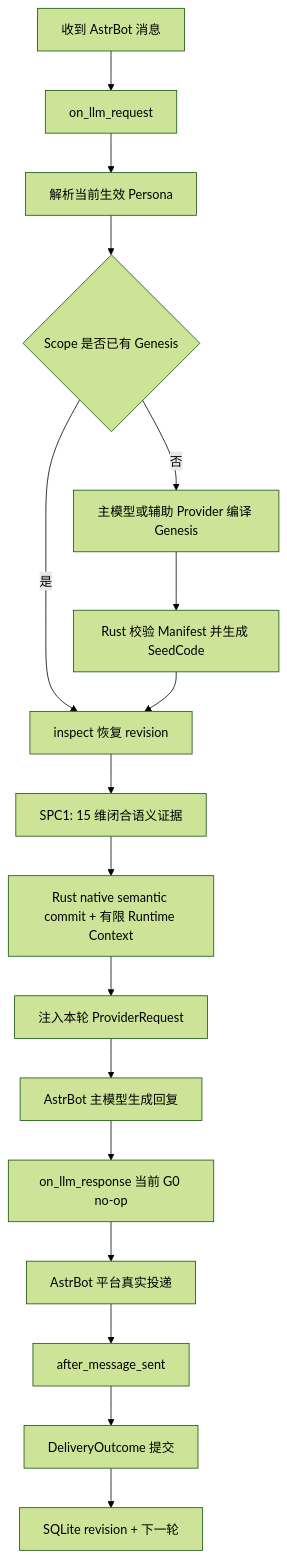
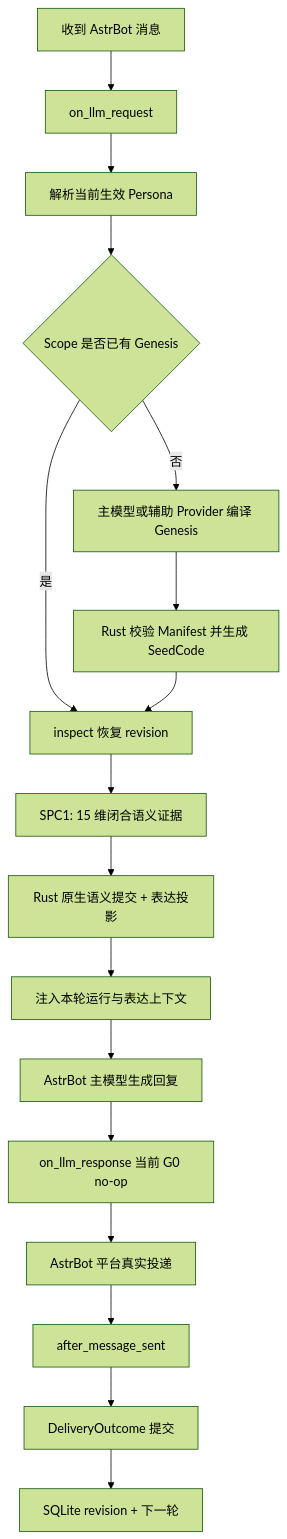
One commit to 2718labs/astrbot_plugin_astrembodiment changed the ninth of 9 diagrams in README.md. Above: the diagram before and after it, drawn with Mermaid (forest theme). The commit also changed other lines of this file and 14 other files, not shown here.

````diff
--- a/README.md
+++ b/README.md
@@ -336,19 +340,19 @@
 ```mermaid
 flowchart TB
     A[收到 AstrBot 消息] --> B[on_llm_request]
     B --> C[解析当前生效 Persona]
     C --> D{Scope 是否已有 Genesis}
     D -- 否 --> E[主模型或辅助 Provider 编译 Genesis]
     E --> F[Rust 校验 Manifest 并生成 SeedCode]
     D -- 是 --> G[inspect 恢复 revision]
     F --> G
     G --> H[SPC1: 15 维闭合语义证据]
-    H --> I[Rust native semantic commit + 有限 Runtime Context]
-    I --> J[注入本轮 ProviderRequest]
+    H --> I[Rust 原生语义提交 + 表达投影]
+    I --> J[注入本轮运行与表达上下文]
     J --> K[AstrBot 主模型生成回复]
     K --> L[on_llm_response 当前 G0 no-op]
     L --> M[AstrBot 平台真实投递]
     M --> N[after_message_sent]
     N --> O[DeliveryOutcome 提交]
     O --> P[SQLite revision + 下一轮]
 ```
````
